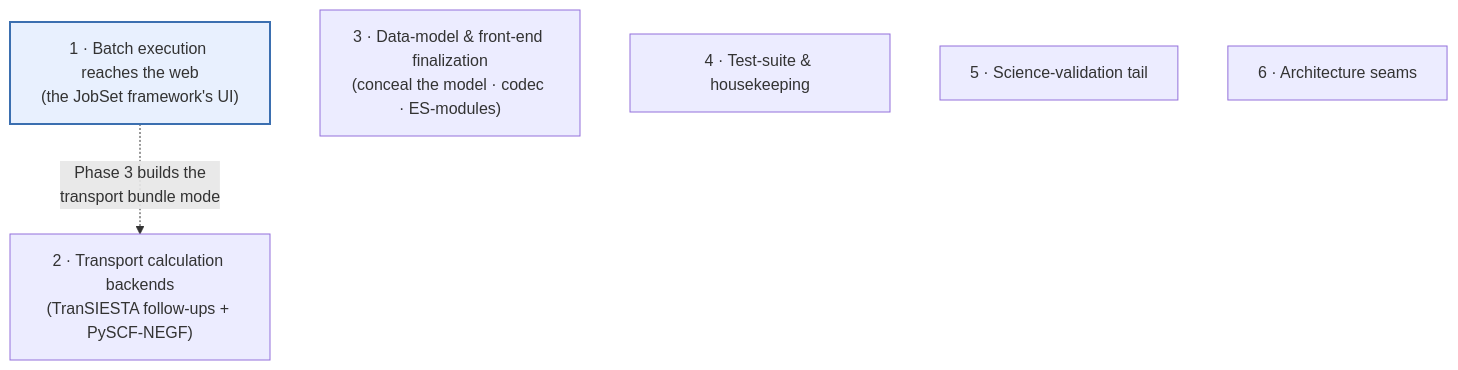
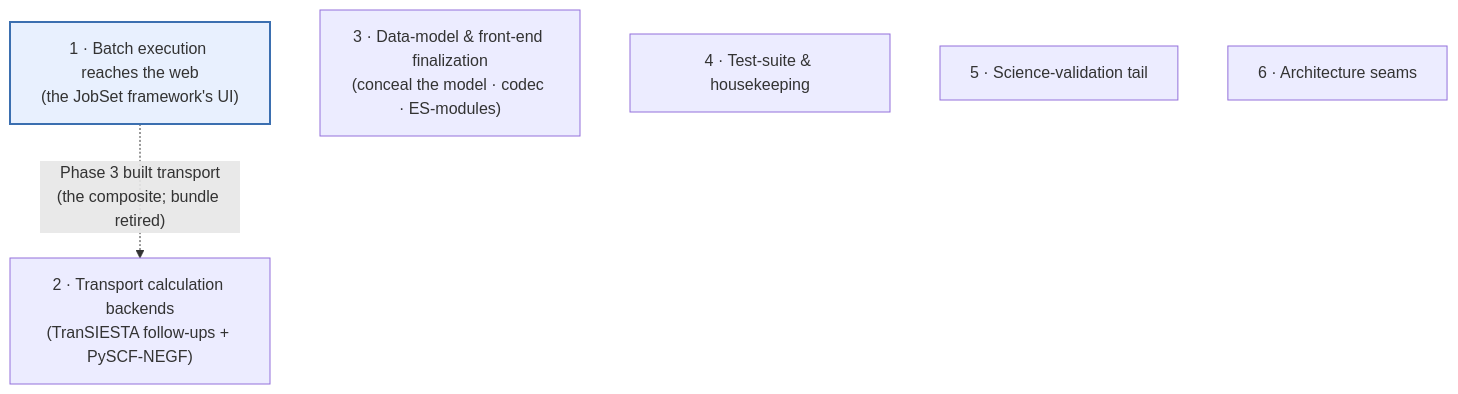
The first of 2 diagrams in docs/roadmap.md (Qing-LAB/molbuilder), drawn with Mermaid before and after one commit. The commit also changed other lines of this file and 10 other files, not shown here.

````diff
--- a/docs/roadmap.md
+++ b/docs/roadmap.md
@@ -180,13 +181,13 @@
 ```mermaid
 flowchart TD
     W1["1 · Batch execution reaches the web<br/>(the JobSet framework's UI)"]:::active
     W2["2 · Transport calculation backends<br/>(TranSIESTA follow-ups + PySCF-NEGF)"]
     W3["3 · Data-model & front-end finalization<br/>(conceal the model · codec · ES-modules)"]
     W4["4 · Test-suite & housekeeping"]
     W5["5 · Science-validation tail"]
     W6["6 · Architecture seams"]
 
-    W1 -. "Phase 3 builds the<br/>transport bundle mode" .-> W2
+    W1 -. "Phase 3 built transport<br/>(the composite; bundle retired)" .-> W2
 
     classDef active fill:#e8f0fe,stroke:#3b6fb0,stroke-width:2px;
 ```
````
